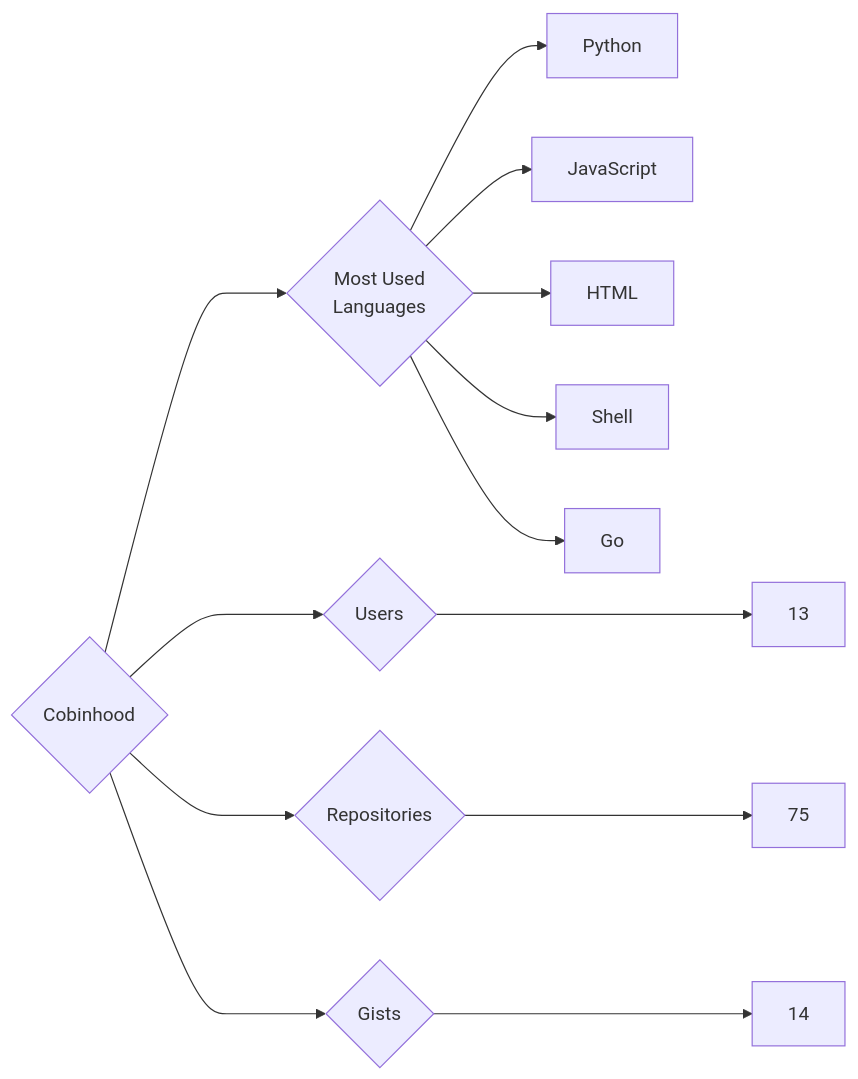
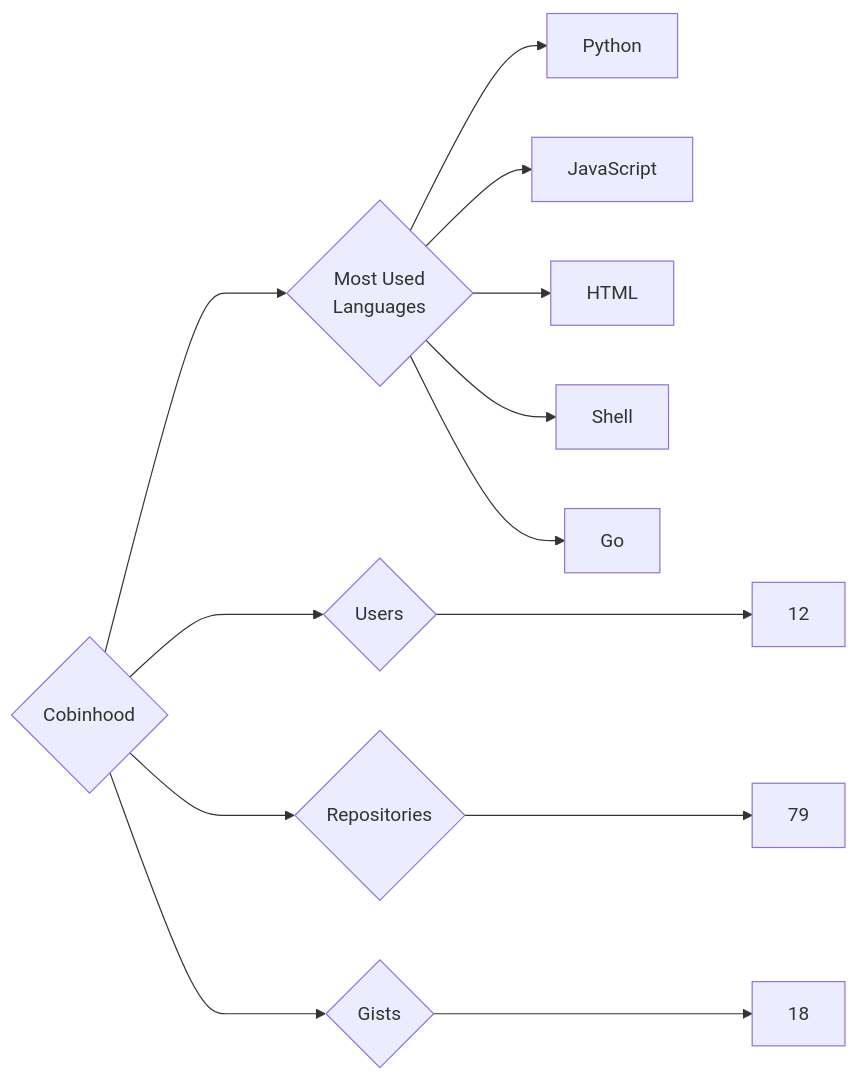
One commit to trickest/insiders changed the diagram in targets/Cobinhood/README.md. Above: the diagram before and after it, drawn with Mermaid. The commit also changed 997 other files, not shown here.

````diff
--- a/targets/Cobinhood/README.md
+++ b/targets/Cobinhood/README.md
@@ -3,13 +3,13 @@
 ```mermaid
 graph LR
 COMPANY_NAME{Cobinhood}
-COMPANY_NAME ---> U{Users} ---> UN[13]
-COMPANY_NAME ---> R{Repositories} ---> RN[75]
-COMPANY_NAME ---> G{Gists} ---> GN[14]
+COMPANY_NAME ---> U{Users} ---> UN[12]
+COMPANY_NAME ---> R{Repositories} ---> RN[79]
+COMPANY_NAME ---> G{Gists} ---> GN[18]
 COMPANY_NAME ---> ML{Most Used<br>Languages}
 ML --> Python[Python]
 ML --> JavaScript[JavaScript]
 ML --> HTML[HTML]
 ML --> Shell[Shell]
 ML --> Go[Go]
 ```
````
